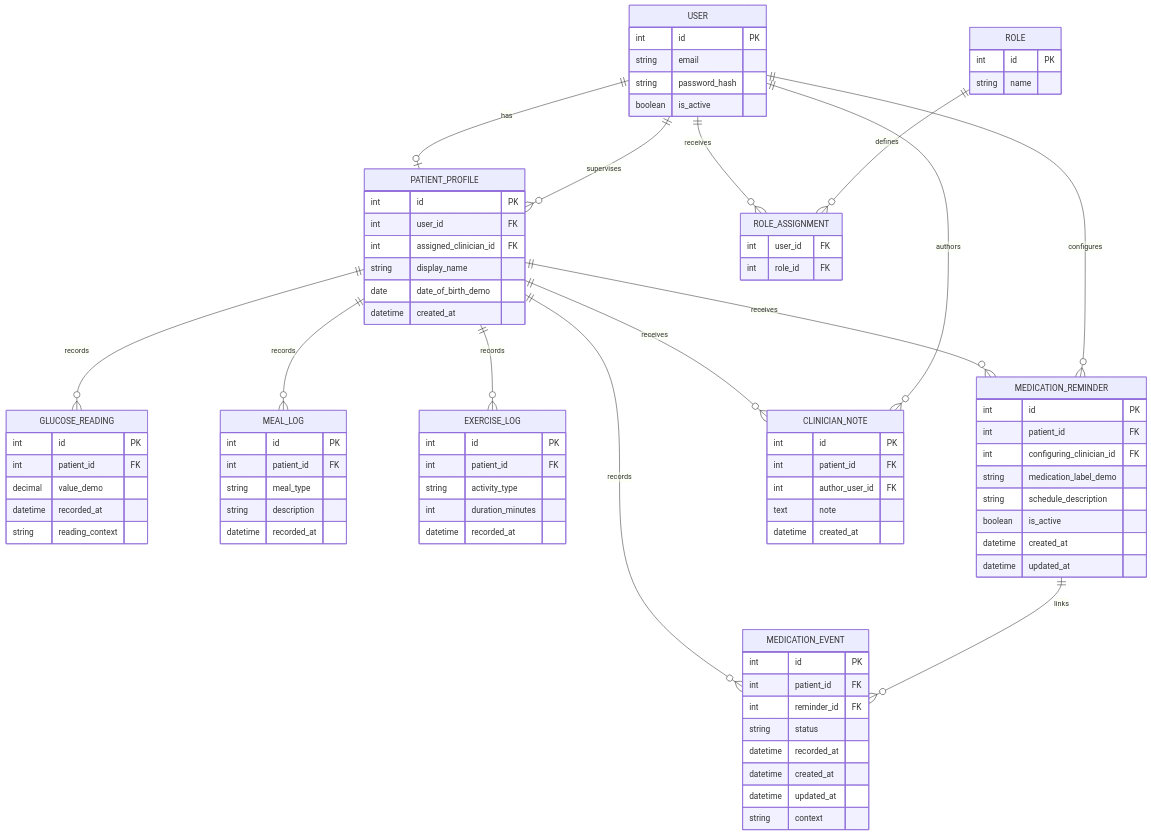
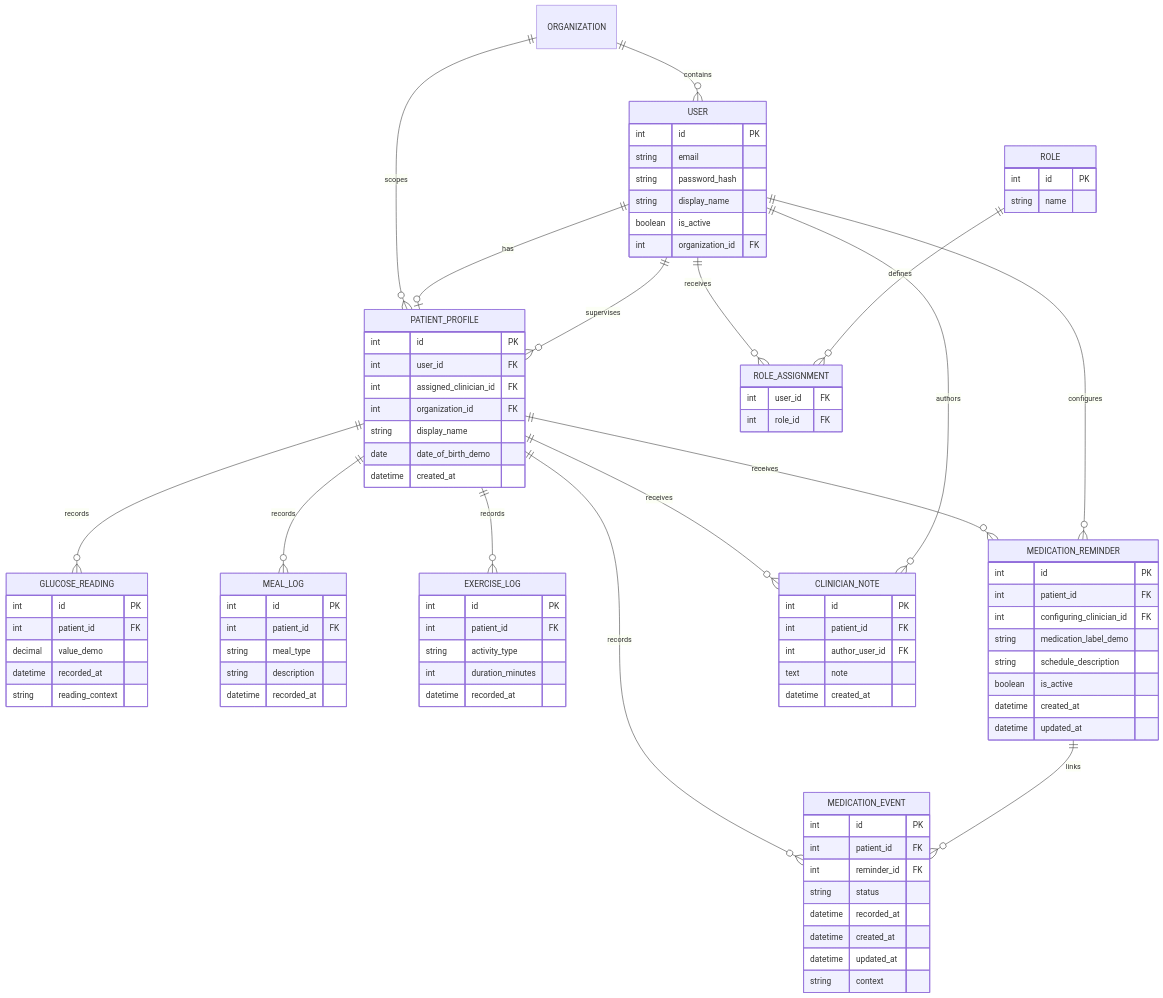
The seventh of 7 diagrams in docs/system-tutorials.md (R-gitonga/AfyaGlyco), drawn with Mermaid before and after one commit. The commit also changed other lines of this file and 28 other files, not shown here.

````diff
--- a/docs/system-tutorials.md
+++ b/docs/system-tutorials.md
@@ -231,5 +239,7 @@
 ```mermaid
 erDiagram
+    ORGANIZATION ||--o{ USER : contains
+    ORGANIZATION ||--o{ PATIENT_PROFILE : scopes
     USER ||--o| PATIENT_PROFILE : has
     USER ||--o{ ROLE_ASSIGNMENT : receives
     ROLE ||--o{ ROLE_ASSIGNMENT : defines
@@ -248,7 +258,9 @@
         int id PK
         string email
         string password_hash
+        string display_name
         boolean is_active
+        int organization_id FK
     }
     ROLE {
         int id PK
@@ -262,6 +274,7 @@
         int id PK
         int user_id FK
         int assigned_clinician_id FK
+        int organization_id FK
         string display_name
         date date_of_birth_demo
         datetime created_at
````
